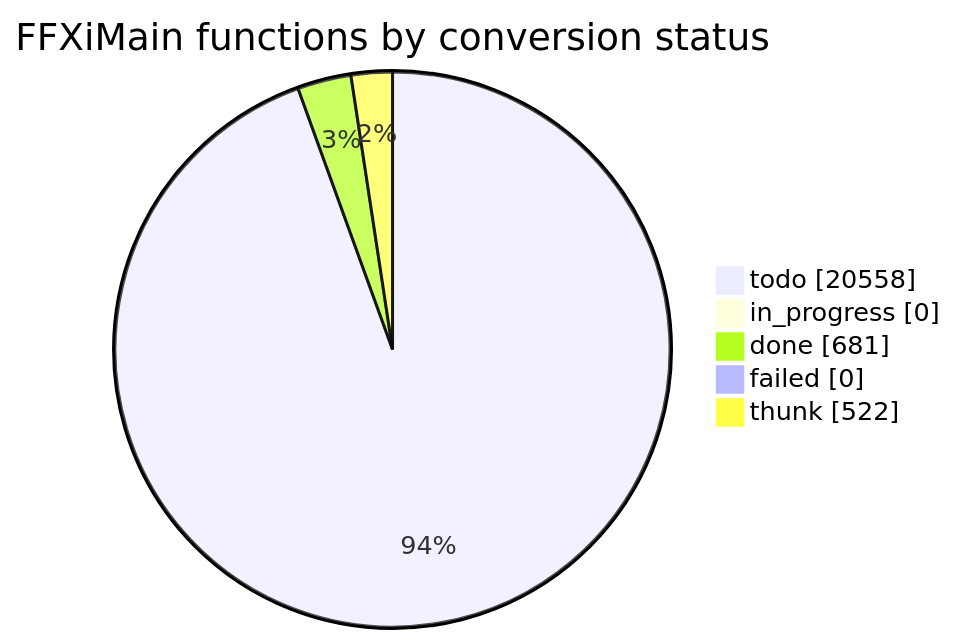
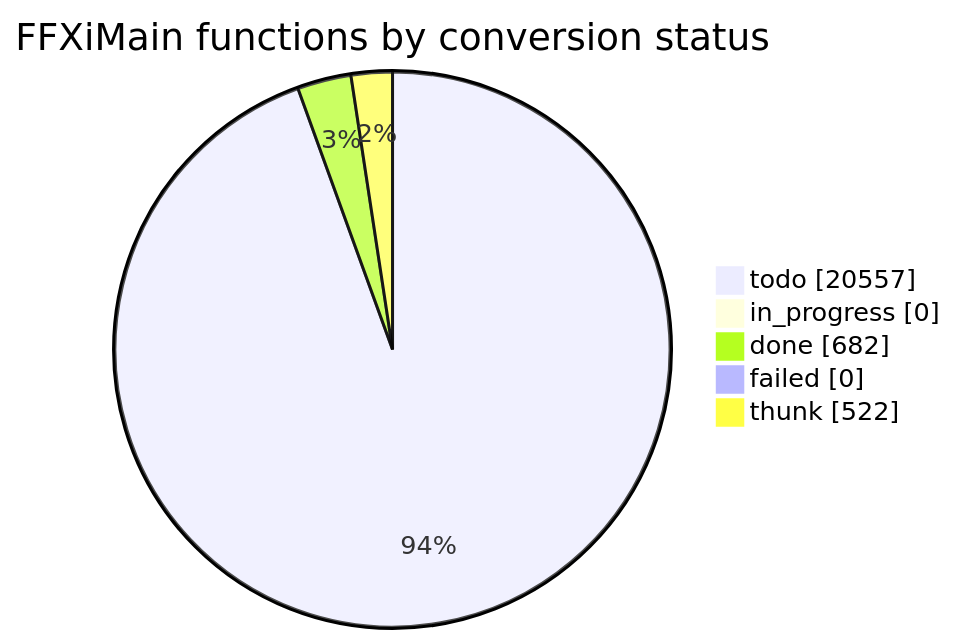
Before and after one commit to cowrevenge/cow_kuluu_xi_anything: the diagram in docs/cow/STATUS.md, drawn with Mermaid. The commit also changed other lines of this file and 9 other files, not shown here.

````diff
--- a/docs/cow/STATUS.md
+++ b/docs/cow/STATUS.md
@@ -18,9 +18,9 @@
 ```mermaid
 pie showData
     title FFXiMain functions by conversion status
-    "todo" : 20558
+    "todo" : 20557
     "in_progress" : 0
-    "done" : 681
+    "done" : 682
     "failed" : 0
     "thunk" : 522
 ```
````
